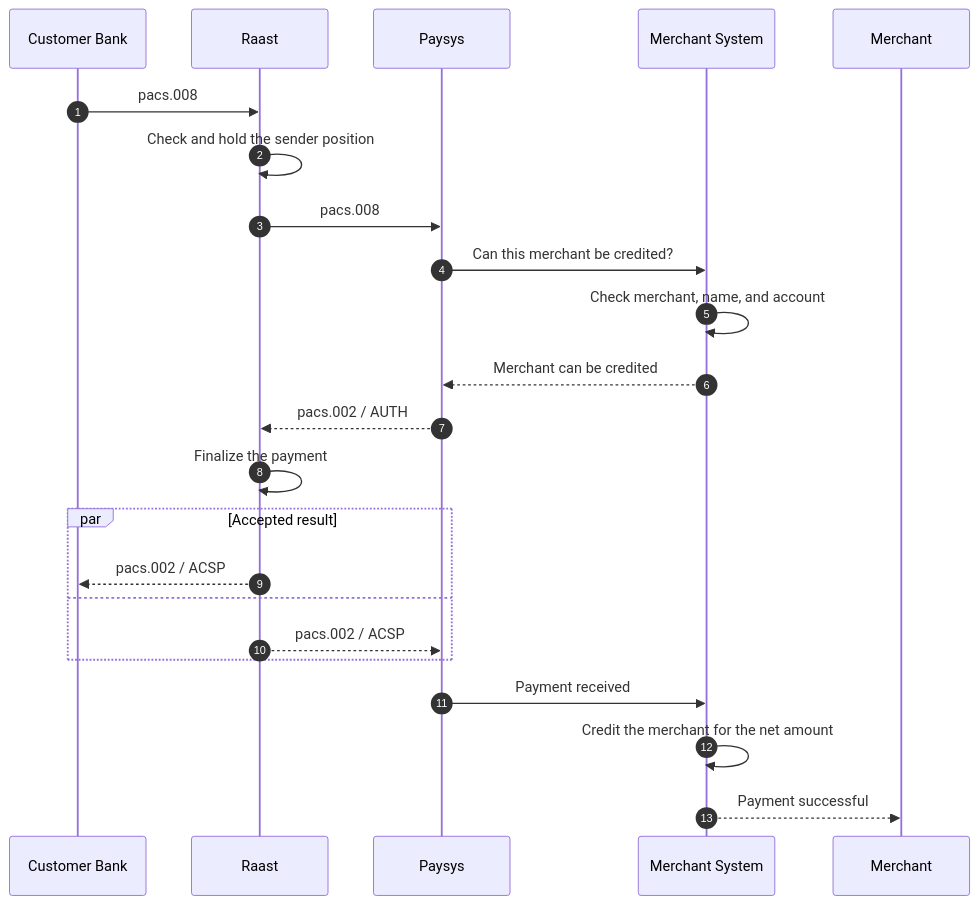
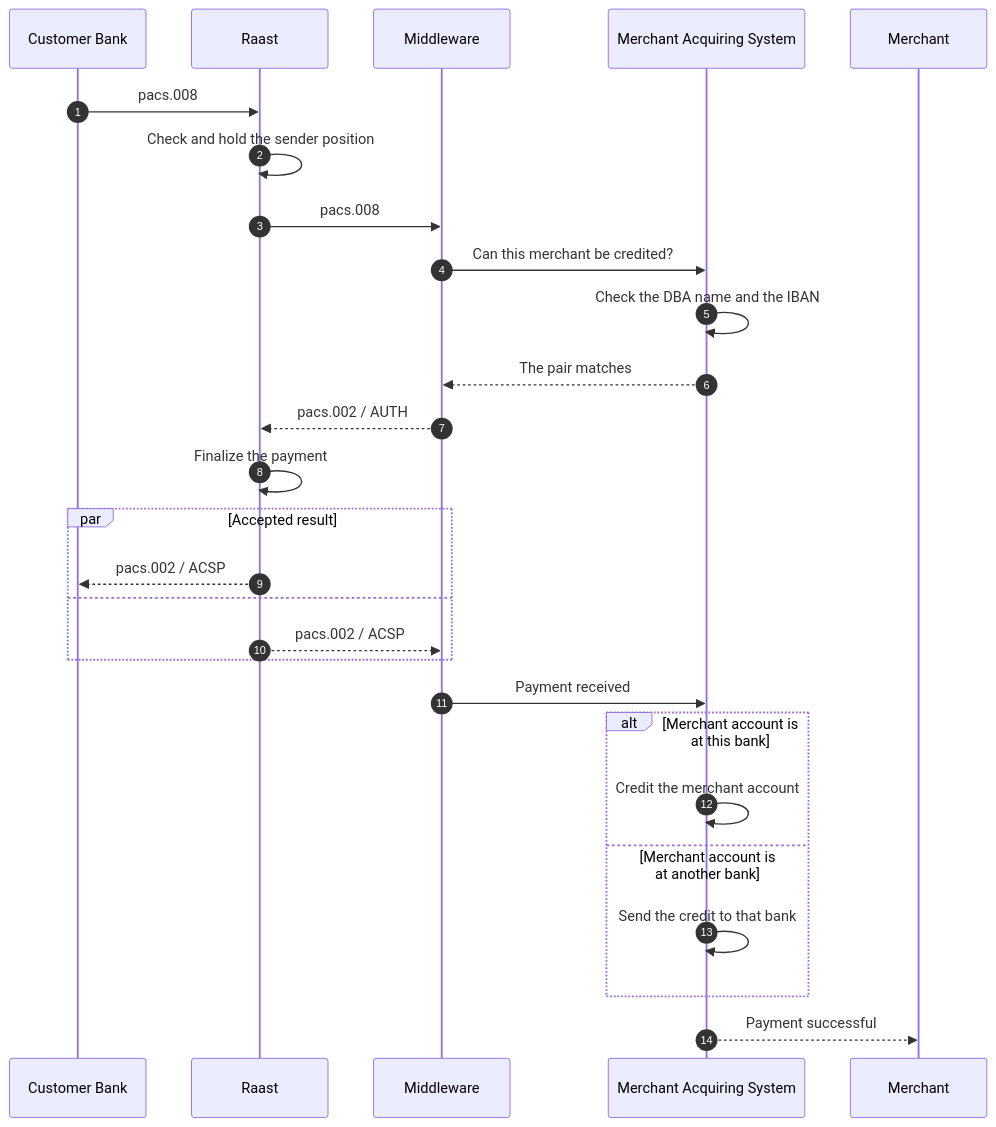
The third of 8 diagrams in modules/04-p2m-acquiring/04_Raast_P2M_Acquiring_Overview.md (HuzaifaTanzeel/raast-training-public), drawn with Mermaid before and after one commit. The commit also changed other lines of this file and 5 other files, not shown here.

````diff
--- a/modules/04-p2m-acquiring/04_Raast_P2M_Acquiring_Overview.md
+++ b/modules/04-p2m-acquiring/04_Raast_P2M_Acquiring_Overview.md
@@ -96,26 +111,30 @@
 ```mermaid
 sequenceDiagram
     autonumber
     participant IB as Customer Bank
     participant R as Raast
-    participant P as Paysys
-    participant MS as Merchant System
+    participant MW as Middleware
+    participant MAS as Merchant Acquiring System
     participant M as Merchant
 
     IB->>R: pacs.008
     R->>R: Check and hold the sender position
-    R->>P: pacs.008
-    P->>MS: Can this merchant be credited?
-    MS->>MS: Check merchant, name, and account
-    MS-->>P: Merchant can be credited
-    P-->>R: pacs.002 / AUTH
+    R->>MW: pacs.008
+    MW->>MAS: Can this merchant be credited?
+    MAS->>MAS: Check the DBA name and the IBAN
+    MAS-->>MW: The pair matches
+    MW-->>R: pacs.002 / AUTH
     R->>R: Finalize the payment
     par Accepted result
         R-->>IB: pacs.002 / ACSP
     and
-        R-->>P: pacs.002 / ACSP
+        R-->>MW: pacs.002 / ACSP
     end
-    P->>MS: Payment received
-    MS->>MS: Credit the merchant for the net amount
-    MS-->>M: Payment successful
+    MW->>MAS: Payment received
+    alt Merchant account is at this bank
+        MAS->>MAS: Credit the merchant account
+    else Merchant account is at another bank
+        MAS->>MAS: Send the credit to that bank
+    end
+    MAS-->>M: Payment successful
 ```
````
